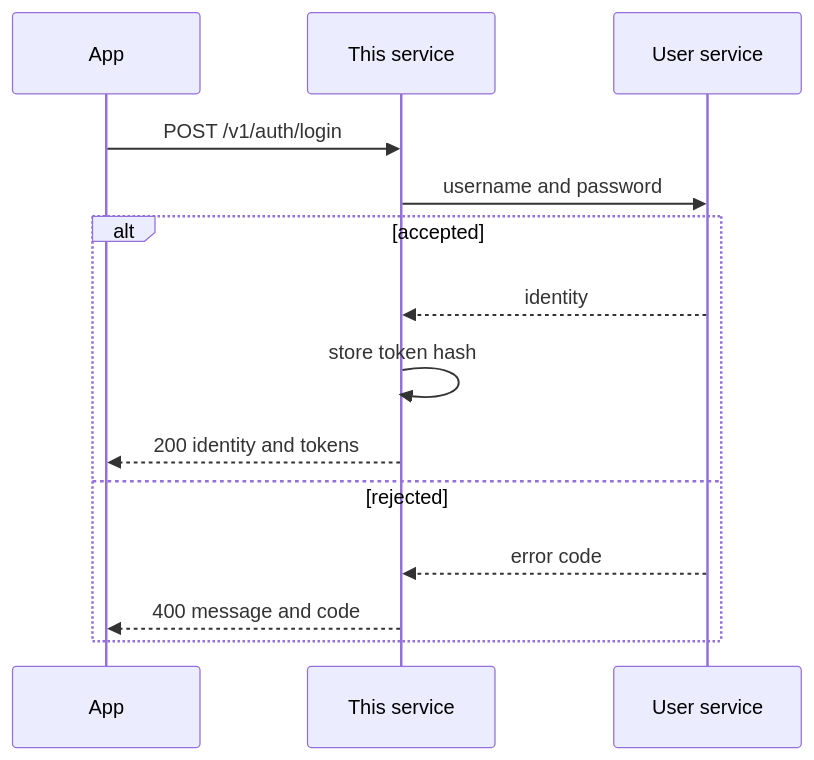
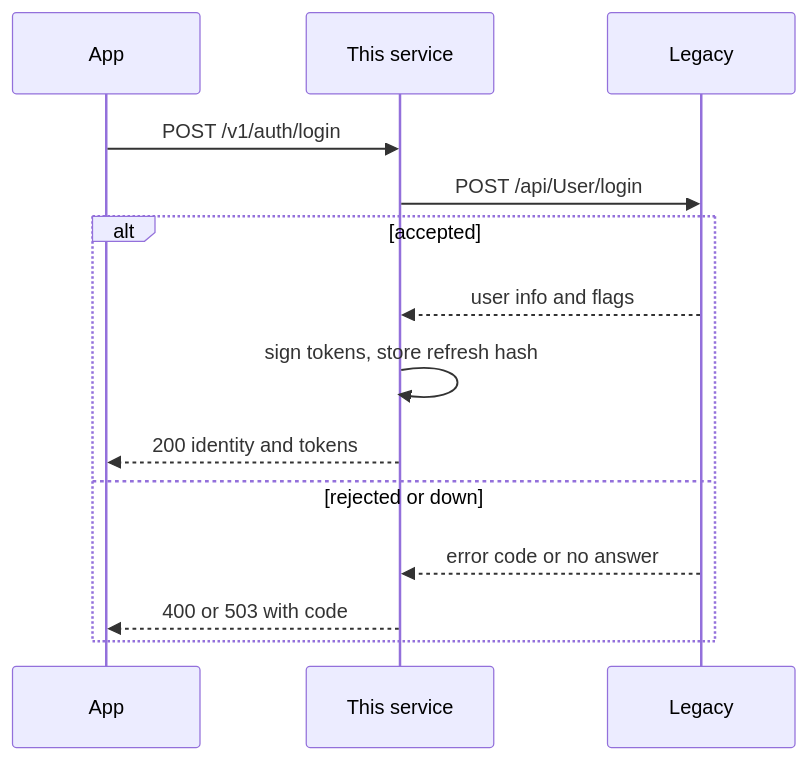
The diagram in plans-next-architecture/05-user-login.md (ryenguyen7411/jms-docs), drawn with Mermaid before and after one commit. The commit also changed other lines of this file and 12 other files, not shown here.

````diff
--- a/plans-next-architecture/05-user-login.md
+++ b/plans-next-architecture/05-user-login.md
@@ -11,17 +10,17 @@
 ```mermaid
 sequenceDiagram
     participant App
     participant JMS as This service
-    participant User as User service
+    participant Leg as Legacy
 
     App->>JMS: POST /v1/auth/login
-    JMS->>User: username and password
+    JMS->>Leg: POST /api/User/login
     alt accepted
-        User-->>JMS: identity
-        JMS->>JMS: store token hash
+        Leg-->>JMS: user info and flags
+        JMS->>JMS: sign tokens, store refresh hash
         JMS-->>App: 200 identity and tokens
-    else rejected
-        User-->>JMS: error code
-        JMS-->>App: 400 message and code
+    else rejected or down
+        Leg-->>JMS: error code or no answer
+        JMS-->>App: 400 or 503 with code
     end
 ```
````
